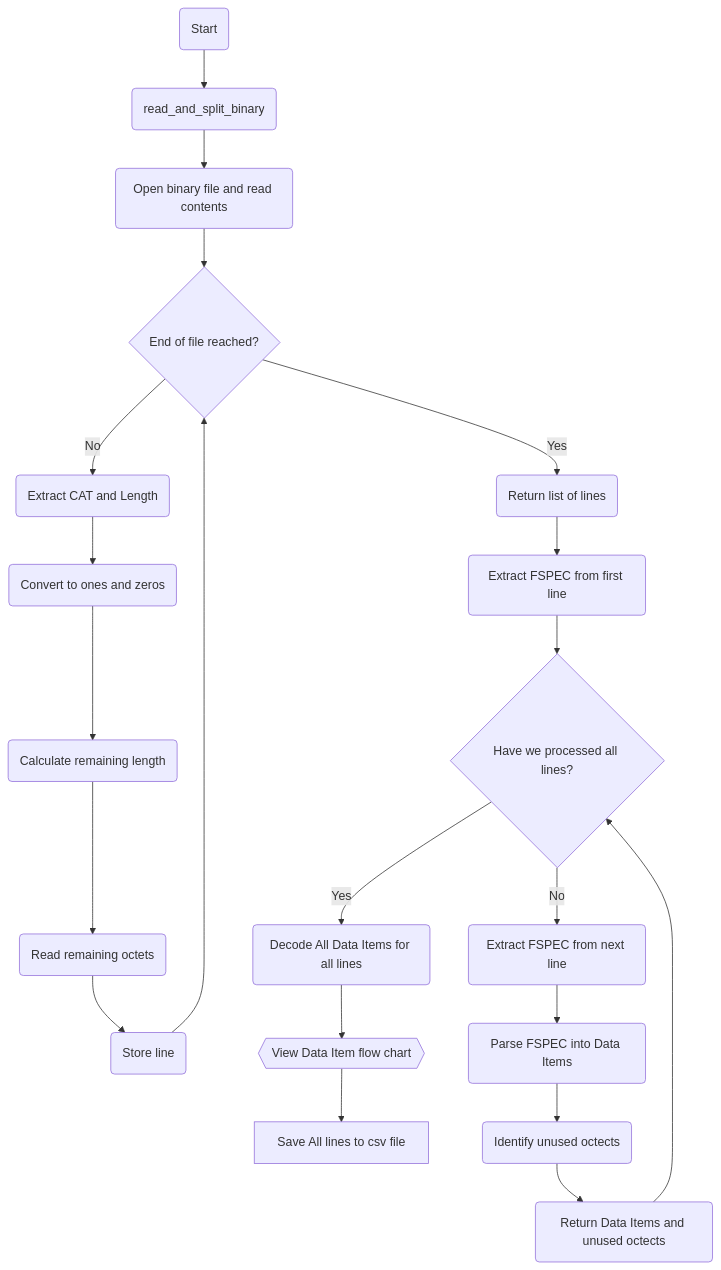
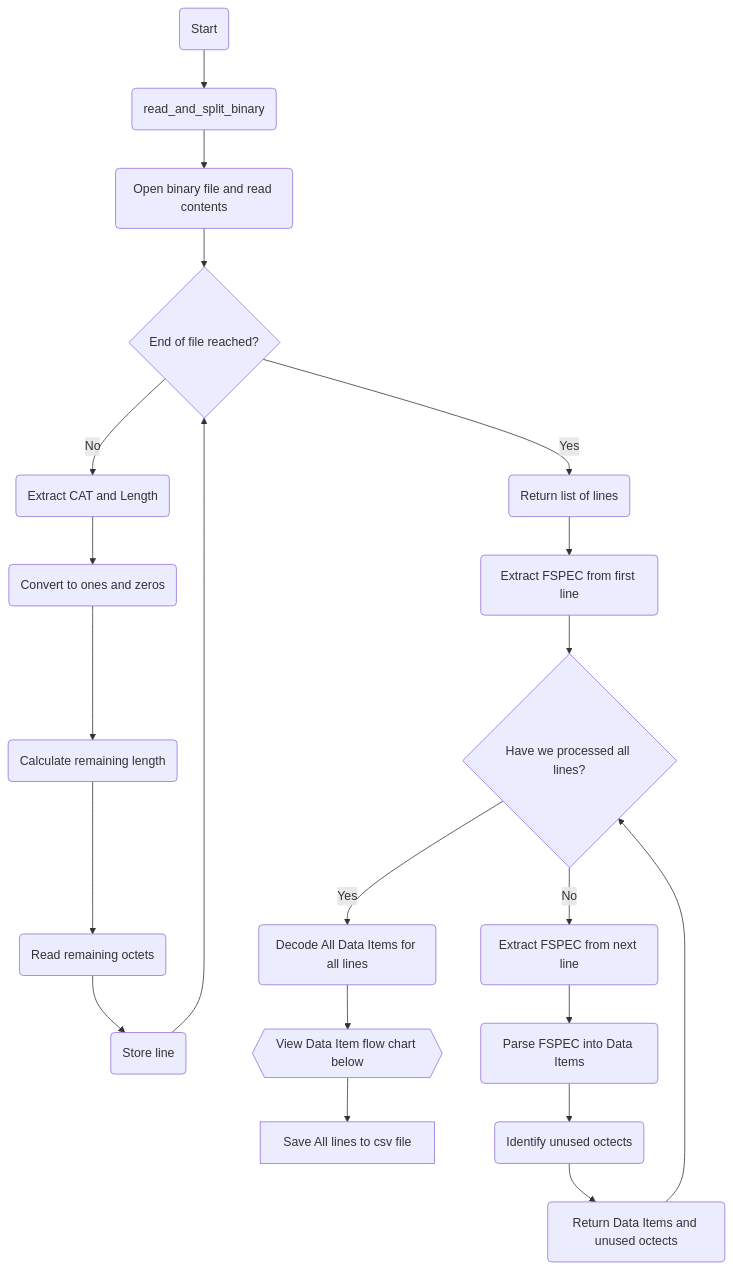
One commit to Robertguarneros/AsterixProject changed the second of 3 diagrams in README.md. Above: the diagram before and after it, drawn with Mermaid.

````diff
--- a/README.md
+++ b/README.md
@@ -39,23 +39,23 @@
 ```mermaid
 flowchart TD
     A(Start) --> B(read_and_split_binary)
     B --> C(Open binary file and read contents)
     C --> D{End of file reached?}
     D --> |Yes| E(Return list of lines)
     D --> |No| F(Extract CAT and Length)
     F --> G(Convert to ones and zeros)
     G --> H(Calculate remaining length)
     H --> I(Read remaining octets)
     I --> J(Store line)
     J --> D
     E --> E1(Extract FSPEC from first line)
     E1 --> K{Have we processed all lines?}
     K --> |Yes| R(Decode All Data Items for all lines)
-    R -->  X{{View Data Item flow chart}}
+    R -->  X{{View Data Item flow chart below}}
     X --> Z[Save All lines to csv file]
     K --> |No|L(Extract FSPEC from next line)
     L --> M(Parse FSPEC into Data Items)
     M --> N(Identify unused octects)
     N --> O(Return Data Items and unused octects)
     O --> K
 ```
````
